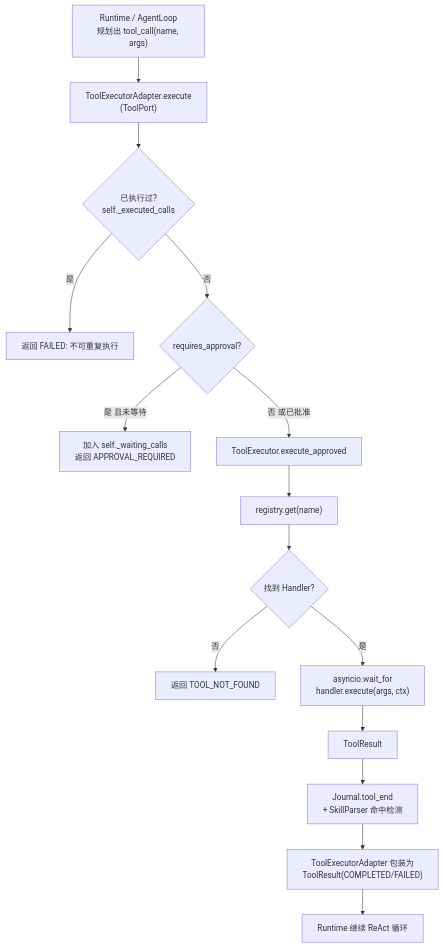
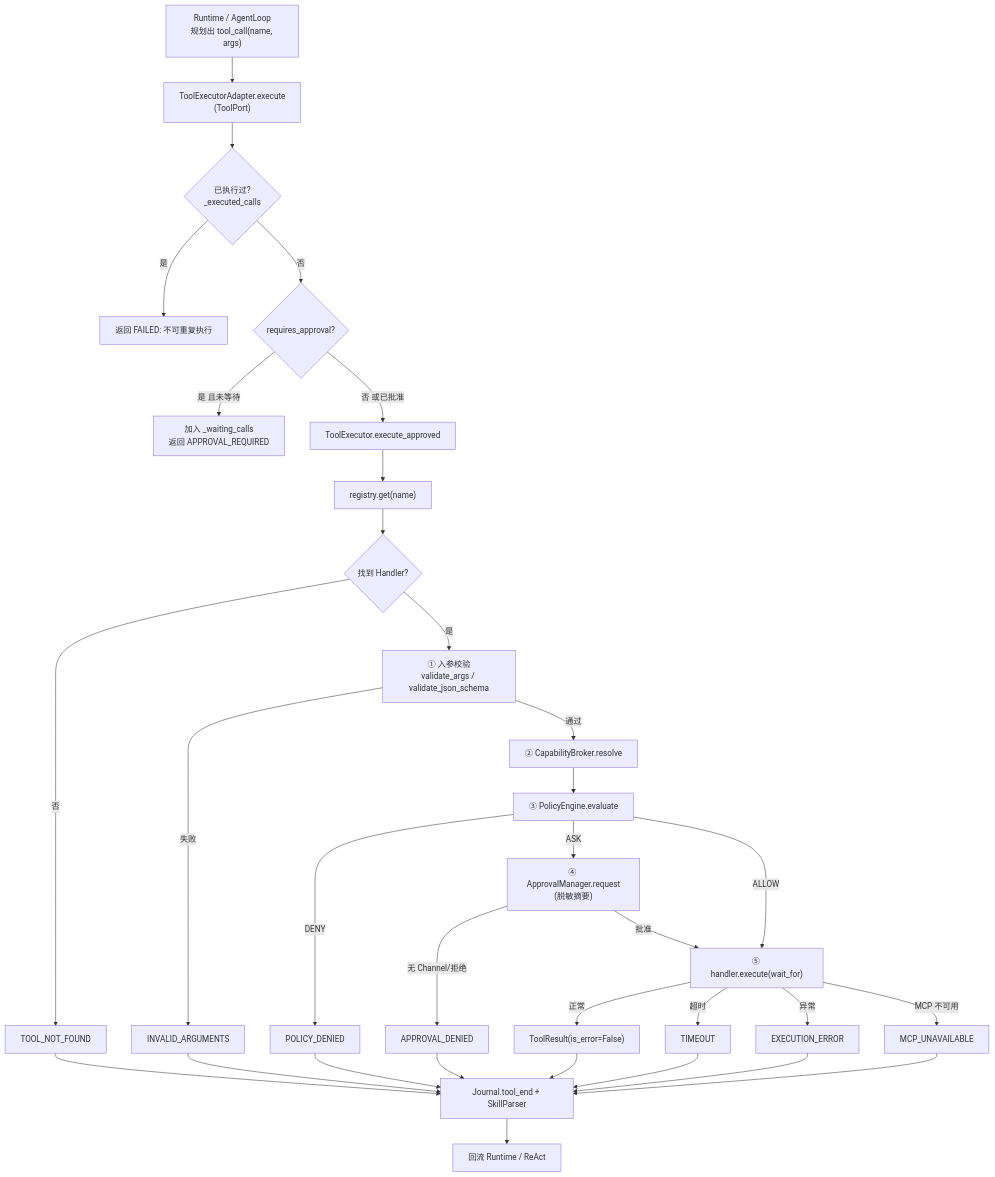
One commit to aandbcct/dotClaw changed the second of 4 diagrams in docs/wiki/Tool 模块总体说明.md. Above: the diagram before and after it, drawn with Mermaid. The commit also changed other lines of this file and 5 other files, not shown here.

````diff
--- a/docs/wiki/Tool 模块总体说明.md
+++ b/docs/wiki/Tool 模块总体说明.md
@@ -183,17 +192,34 @@
 ```mermaid
 flowchart TD
     A["Runtime / AgentLoop\n规划出 tool_call(name, args)"] --> B["ToolExecutorAdapter.execute\n(ToolPort)"]
-    B --> C{"已执行过?\nself._executed_calls"}
+    B --> C{"已执行过?\n_executed_calls"}
     C -->|是| C1["返回 FAILED: 不可重复执行"]
     C -->|否| D{"requires_approval?"}
-    D -->|是 且未等待| D1["加入 self._waiting_calls\n返回 APPROVAL_REQUIRED"]
+    D -->|是 且未等待| D1["加入 _waiting_calls\n返回 APPROVAL_REQUIRED"]
     D -->|否 或已批准| E["ToolExecutor.execute_approved"]
     E --> F["registry.get(name)"]
     F --> G{"找到 Handler?"}
-    G -->|否| G1["返回 TOOL_NOT_FOUND"]
-    G -->|是| H["asyncio.wait_for\nhandler.execute(args, ctx)"]
-    H --> I["ToolResult"]
-    I --> J["Journal.tool_end\n+ SkillParser 命中检测"]
-    J --> K["ToolExecutorAdapter 包装为\nToolResult(COMPLETED/FAILED)"]
-    K --> L["Runtime 继续 ReAct 循环"]
+    G -->|否| G1["TOOL_NOT_FOUND"]
+    G -->|是| H["① 入参校验\nvalidate_args / validate_json_schema"]
+    H -->|失败| H1["INVALID_ARGUMENTS"]
+    H -->|通过| I["② CapabilityBroker.resolve"]
+    I --> J["③ PolicyEngine.evaluate"]
+    J -->|DENY| J1["POLICY_DENIED"]
+    J -->|ASK| K["④ ApprovalManager.request\n(脱敏摘要)"]
+    K -->|无 Channel/拒绝| K1["APPROVAL_DENIED"]
+    K -->|批准| L["⑤ handler.execute(wait_for)"]
+    J -->|ALLOW| L
+    L -->|正常| OK["ToolResult(is_error=False)"]
+    L -->|超时| TO["TIMEOUT"]
+    L -->|异常| ERR["EXECUTION_ERROR"]
+    L -->|MCP 不可用| MCPD["MCP_UNAVAILABLE"]
+    OK --> End["Journal.tool_end + SkillParser"]
+    TO --> End
+    ERR --> End
+    J1 --> End
+    K1 --> End
+    G1 --> End
+    H1 --> End
+    MCPD --> End
+    End --> Back["回流 Runtime / ReAct"]
 ```
````
